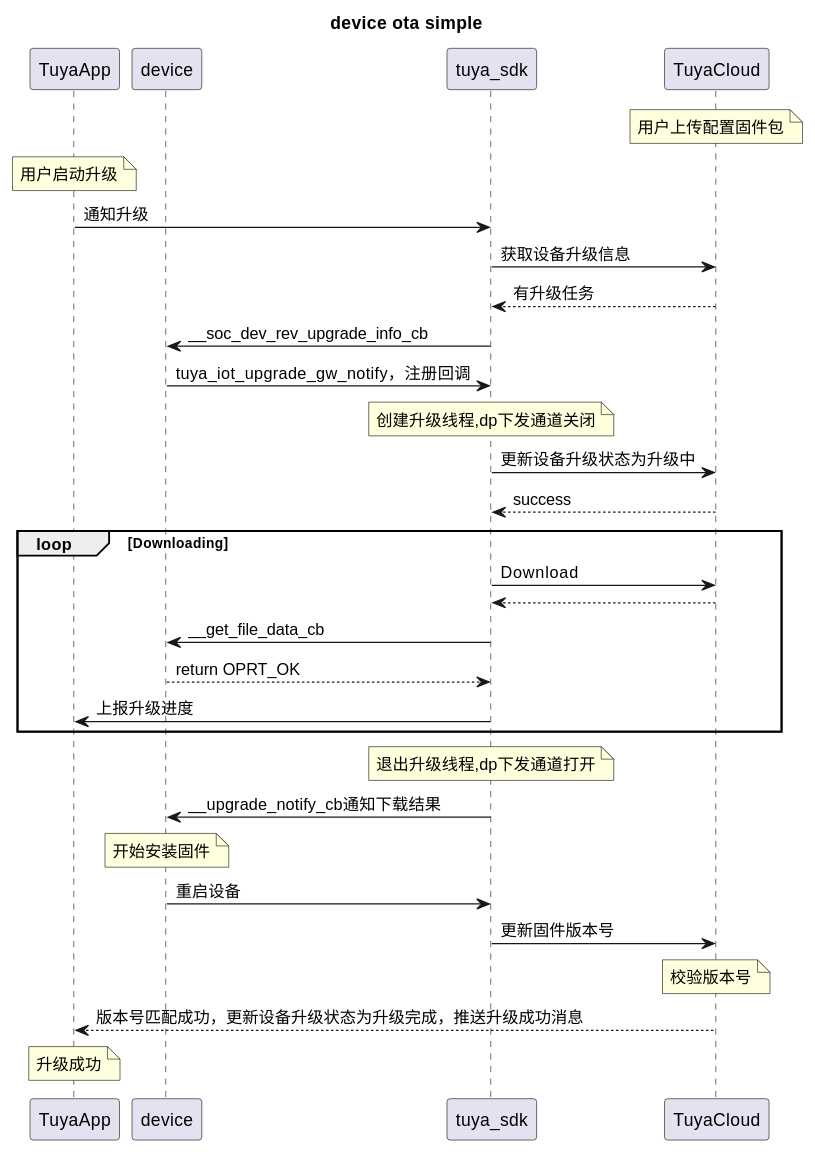
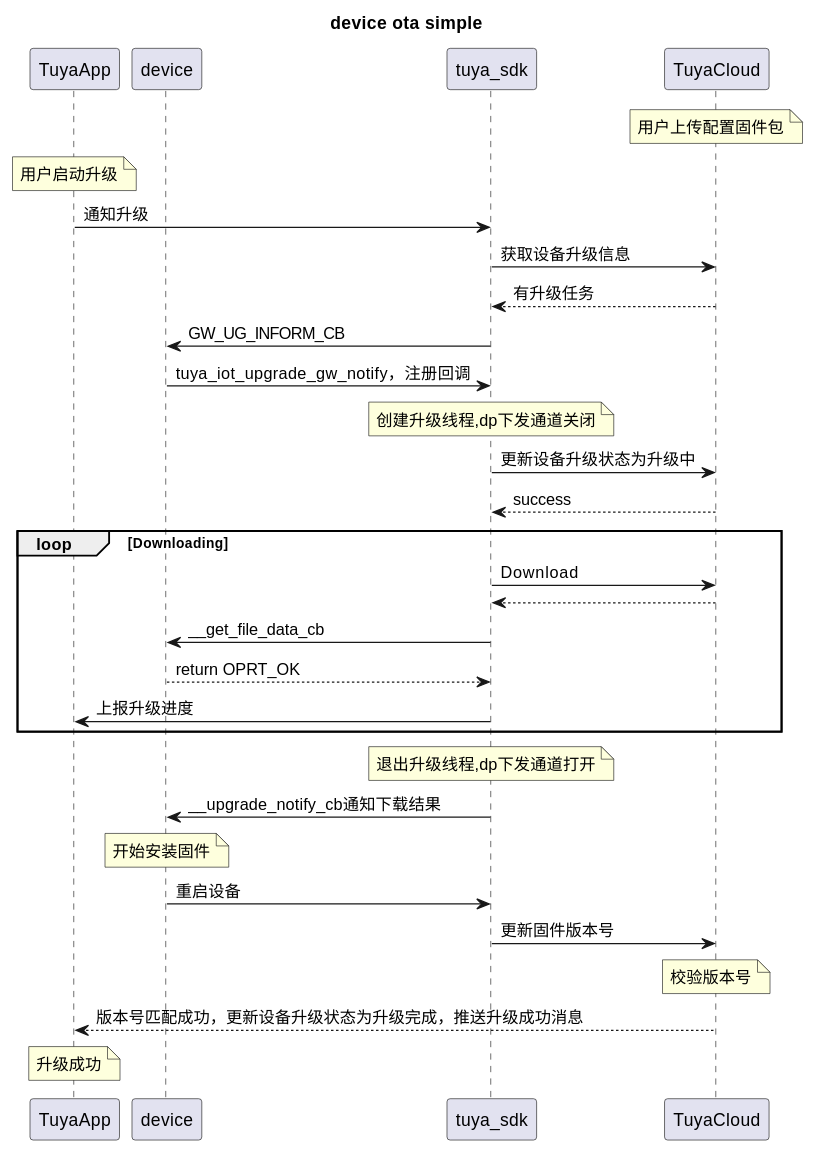
One commit to TuyaInc/TUYA_IOT_SDK_doc changed the diagram in zh-hans/resource/11-soc_ota.md. Above: the diagram before and after it, drawn with PlantUML. The commit also changed 160 other files, not shown here.

````diff
--- a/zh-hans/resource/11-soc_ota.md
+++ b/zh-hans/resource/11-soc_ota.md
@@ -7,35 +7,35 @@
 ```uml
 @startuml
 title device ota simple
 participant TuyaApp
 participant device
 participant tuya_sdk
 participant TuyaCloud
 
 Note over TuyaCloud:用户上传配置固件包
 Note over TuyaApp:用户启动升级
 TuyaApp->tuya_sdk:通知升级
 tuya_sdk->TuyaCloud:获取设备升级信息
 TuyaCloud-->tuya_sdk:有升级任务
-tuya_sdk->device:__soc_dev_rev_upgrade_info_cb
+tuya_sdk->device:GW_UG_INFORM_CB
 device->tuya_sdk: tuya_iot_upgrade_gw_notify，注册回调
 Note over tuya_sdk:创建升级线程,dp下发通道关闭
 tuya_sdk->TuyaCloud:更新设备升级状态为升级中
 TuyaCloud-->tuya_sdk:success
 loop Downloading
 tuya_sdk->TuyaCloud:Download
 TuyaCloud-->tuya_sdk:
 tuya_sdk->device:__get_file_data_cb
 device-->tuya_sdk:return OPRT_OK
 tuya_sdk->TuyaApp:上报升级进度
 end
 Note over tuya_sdk:退出升级线程,dp下发通道打开
 tuya_sdk->device:__upgrade_notify_cb通知下载结果
 Note over device:开始安装固件
 device->tuya_sdk:重启设备
 tuya_sdk->TuyaCloud:更新固件版本号
 Note over TuyaCloud:校验版本号
 TuyaCloud-->TuyaApp:版本号匹配成功，更新设备升级状态为升级完成，推送升级成功消息
 Note over TuyaApp:升级成功
 @enduml
 ```
````
